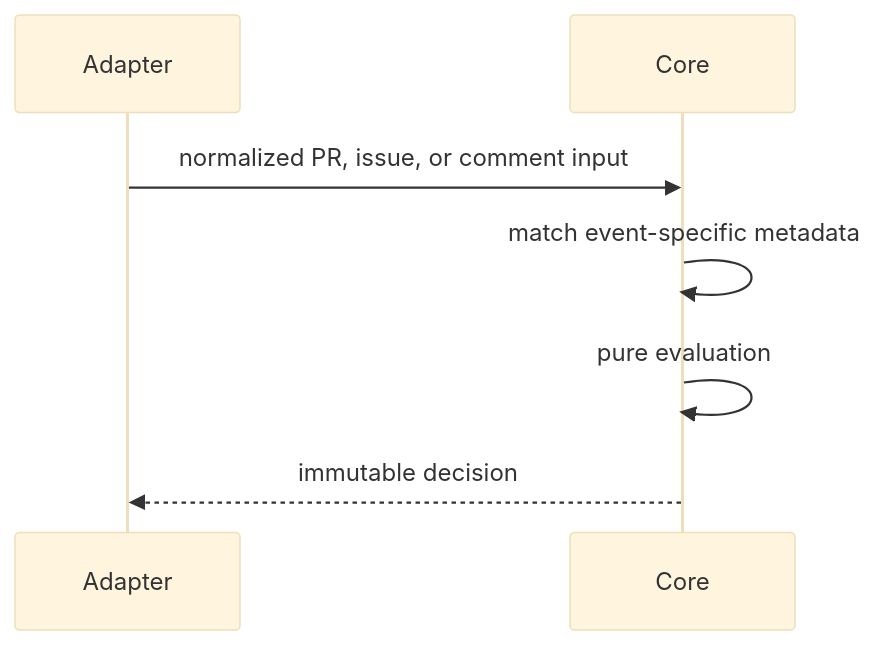
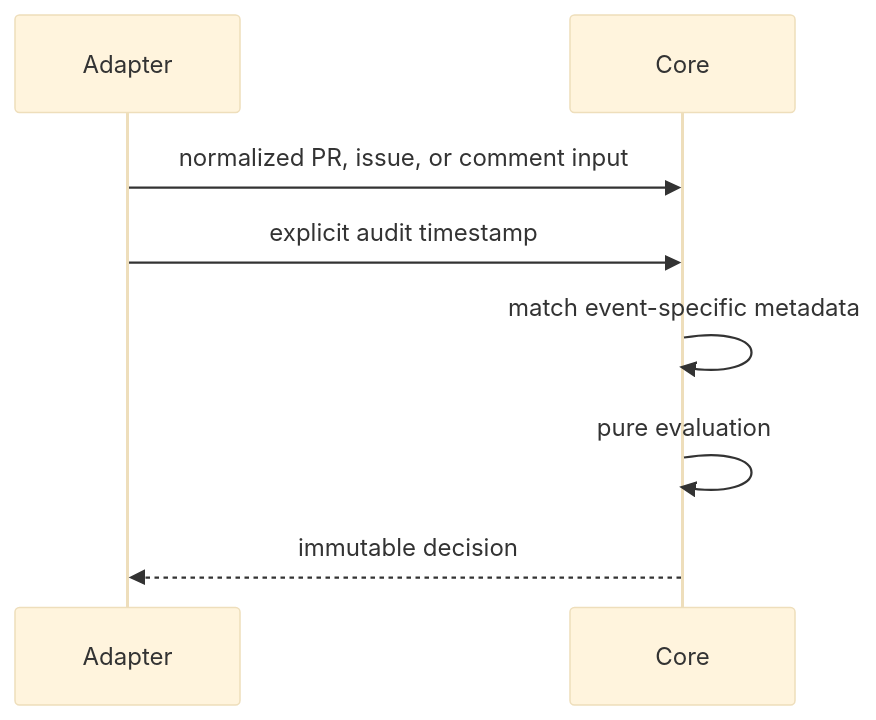
The third of 4 diagrams in packages/core/AGENTS.md (streamentry/AGENTOWNERS), drawn with Mermaid (base theme) before and after one commit. The commit also changed other lines of this file and 8 other files, not shown here.

Commit message:
fix(core): make audit rendering deterministic

````diff
--- a/packages/core/AGENTS.md
+++ b/packages/core/AGENTS.md
@@ -62,9 +62,10 @@
 ```mermaid
 sequenceDiagram
   participant Adapter
   participant Core
   Adapter->>Core: normalized PR, issue, or comment input
+  Adapter->>Core: explicit audit timestamp
   Core->>Core: match event-specific metadata
   Core->>Core: pure evaluation
   Core-->>Adapter: immutable decision
 ```
````
